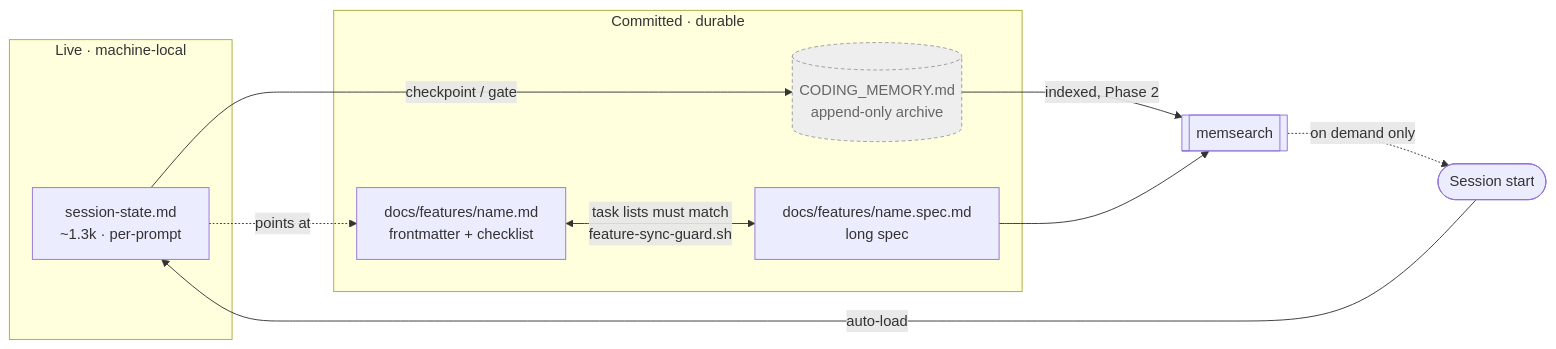
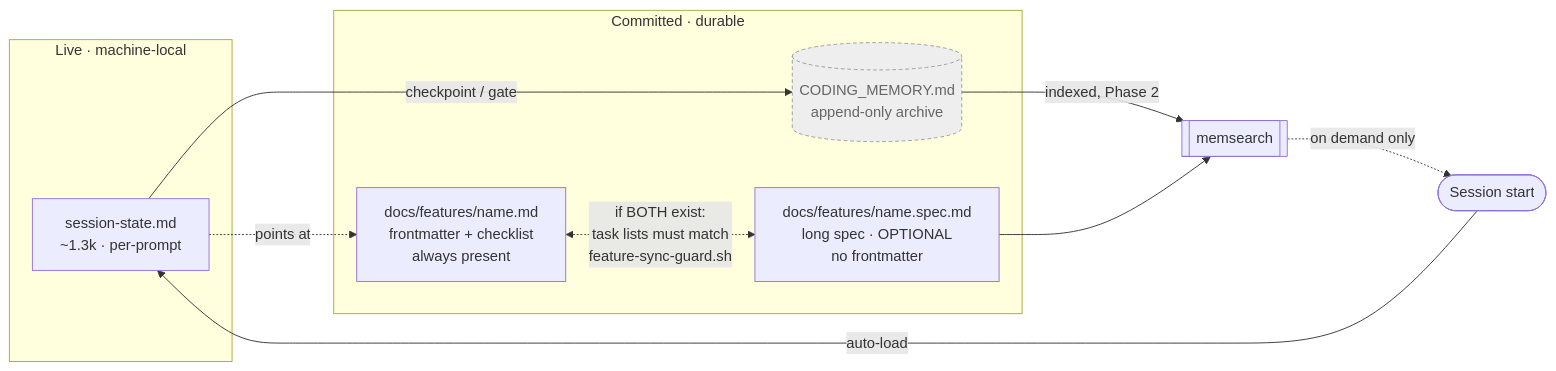
One commit to suyatdev/.claude changed the diagram in docs/features/memory-system-split.md. Above: the diagram before and after it, drawn with Mermaid. The commit also changed other lines of this file, not shown here.

First line of the commit message:
docs(features): revise the memory-split spec for compliance round 1

````diff
--- a/docs/features/memory-system-split.md
+++ b/docs/features/memory-system-split.md
@@ -89,21 +97,21 @@
 ```mermaid
 flowchart LR
   subgraph live [Live · machine-local]
     SS[session-state.md<br/>~1.3k · per-prompt]
   end
   subgraph committed [Committed · durable]
-    FF[docs/features/name.md<br/>frontmatter + checklist]
-    SP[docs/features/name.spec.md<br/>long spec]
+    FF[docs/features/name.md<br/>frontmatter + checklist<br/>always present]
+    SP[docs/features/name.spec.md<br/>long spec · OPTIONAL<br/>no frontmatter]
     CM[(CODING_MEMORY.md<br/>append-only archive)]
   end
   MS[[memsearch]]
   START([Session start]) -->|auto-load| SS
   SS -.->|points at| FF
-  FF <-->|task lists must match<br/>feature-sync-guard.sh| SP
+  FF <-.->|if BOTH exist:<br/>task lists must match<br/>feature-sync-guard.sh| SP
   SS -->|checkpoint / gate| CM
   CM -->|indexed, Phase 2| MS
   SP --> MS
   MS -.->|on demand only| START
   classDef never fill:#eee,stroke:#999,stroke-dasharray:4 3,color:#666;
   class CM never;
 ```
````
